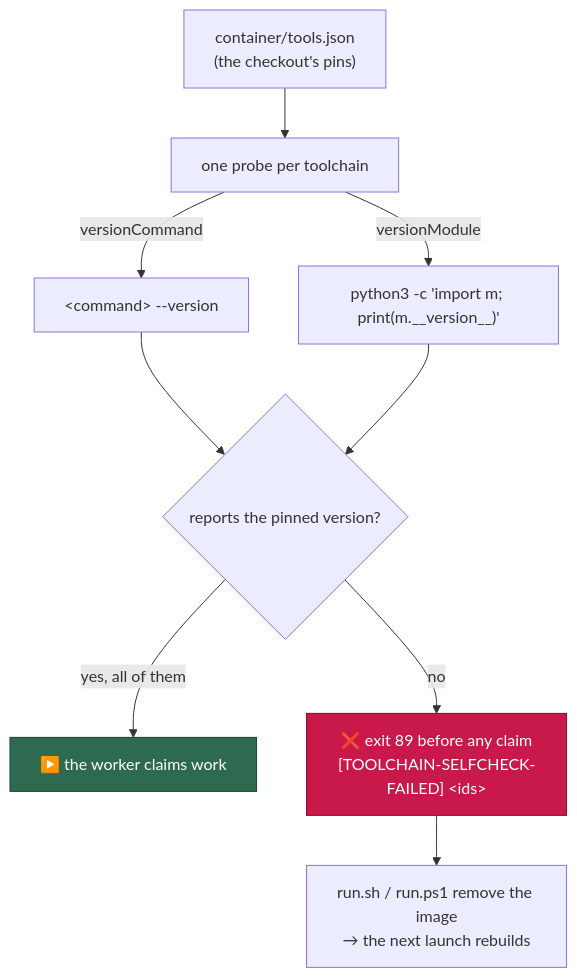
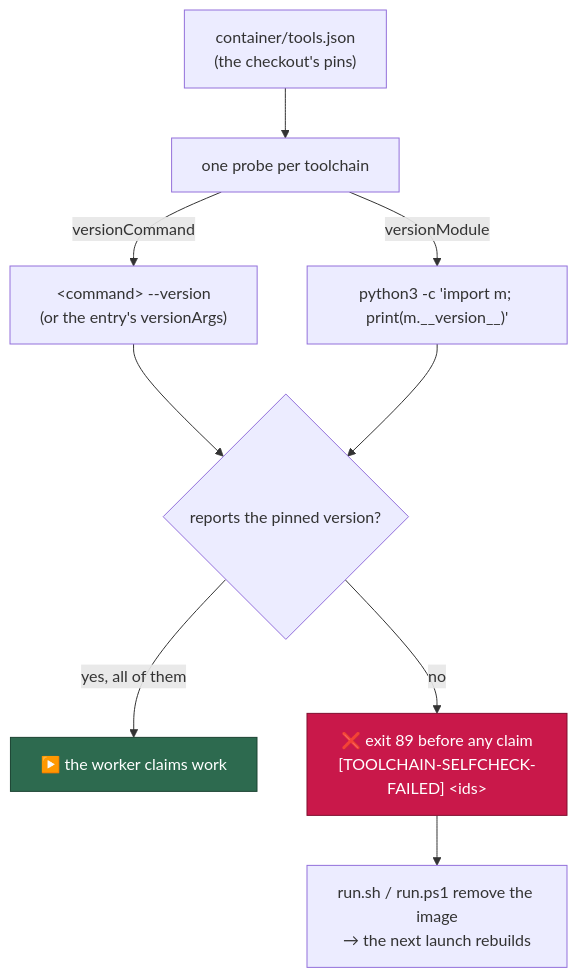
Before and after one commit to stSoftwareAU/VibeCoder: the fourth of 21 diagrams in docs/CONTAINER.md, drawn with Mermaid. The commit also changed other lines of this file and 6 other files, not shown here.

````diff
--- a/docs/CONTAINER.md
+++ b/docs/CONTAINER.md
@@ -365,13 +365,13 @@
 ```mermaid
 flowchart TD
     M["container/tools.json<br/>(the checkout's pins)"] --> P["one probe per toolchain"]
-    P -->|versionCommand| C["&lt;command&gt; --version"]
+    P -->|versionCommand| C["&lt;command&gt; --version<br/>(or the entry's versionArgs)"]
     P -->|versionModule| Y["python3 -c 'import m; print(m.__version__)'"]
     C --> J{"reports the pinned version?"}
     Y --> J
     J -->|yes, all of them| W["▶️ the worker claims work"]
     J -->|no| X["❌ exit 89 before any claim<br/>[TOOLCHAIN-SELFCHECK-FAILED] &lt;ids&gt;"]
     X --> R["run.sh / run.ps1 remove the image<br/>→ the next launch rebuilds"]
     style W fill:#2d6a4f,stroke:#1b4332,color:#fff
     style X fill:#c9184a,stroke:#800f2f,color:#fff
 ```
````
